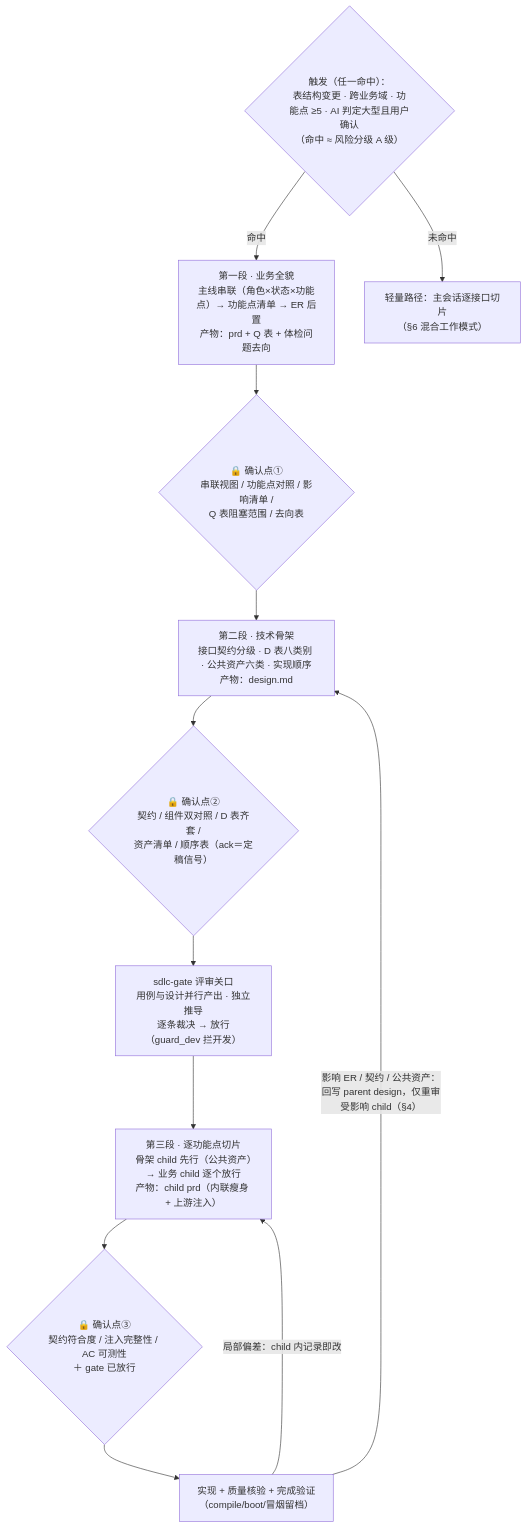
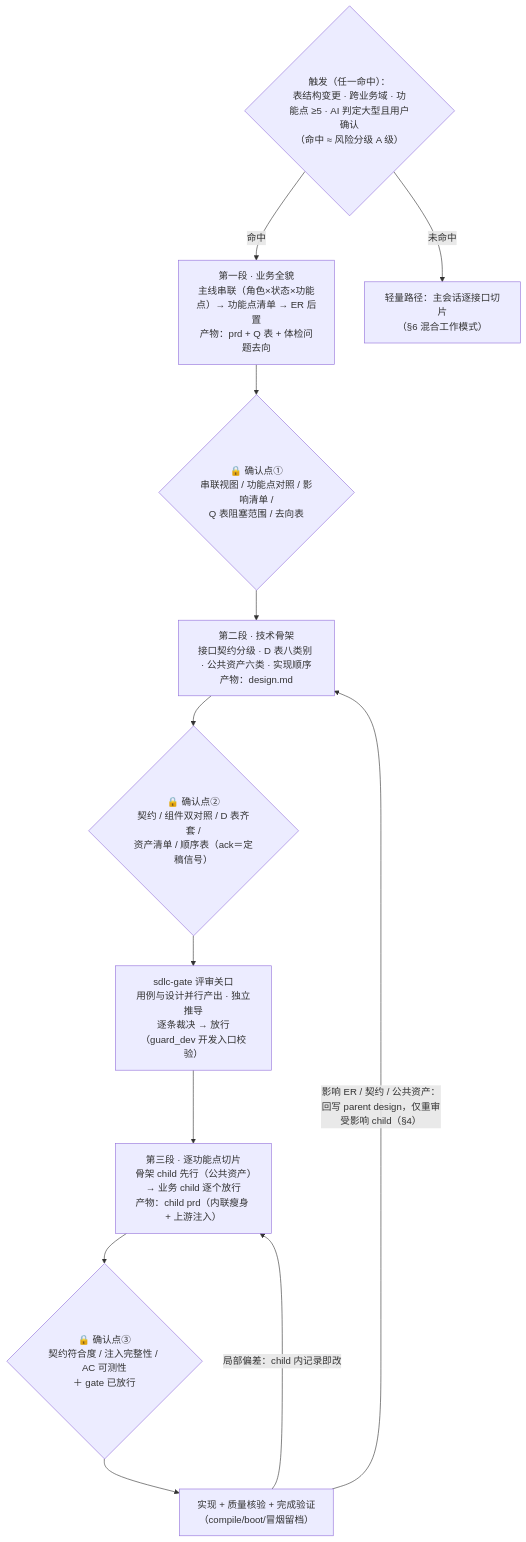
The diagram in docs/large-req-playbook.md (TsCarpe/claude-sdlc-skills), drawn with Mermaid before and after one commit. The commit also changed other lines of this file and 28 other files, not shown here.

````diff
--- a/docs/large-req-playbook.md
+++ b/docs/large-req-playbook.md
@@ -15,18 +15,18 @@
 ```mermaid
 flowchart TB
     T{"触发（任一命中）：<br/>表结构变更 · 跨业务域 · 功能点 ≥5 · AI 判定大型且用户确认<br/>（命中 ≈ 风险分级 A 级）"}
     T -->|命中| S1
     T -->|未命中| L["轻量路径：主会话逐接口切片<br/>（§6 混合工作模式）"]
 
     S1["第一段 · 业务全貌<br/>主线串联（角色×状态×功能点）→ 功能点清单 → ER 后置<br/>产物：prd + Q 表 + 体检问题去向"]
     S1 --> C1{"🔒 确认点①<br/>串联视图 / 功能点对照 / 影响清单 /<br/>Q 表阻塞范围 / 去向表"}
     C1 --> S2["第二段 · 技术骨架<br/>接口契约分级 · D 表八类别 · 公共资产六类 · 实现顺序<br/>产物：design.md"]
     S2 --> C2{"🔒 确认点②<br/>契约 / 组件双对照 / D 表齐套 /<br/>资产清单 / 顺序表（ack＝定稿信号）"}
-    C2 --> G["sdlc-gate 评审关口<br/>用例与设计并行产出 · 独立推导<br/>逐条裁决 → 放行（guard_dev 拦开发）"]
+    C2 --> G["sdlc-gate 评审关口<br/>用例与设计并行产出 · 独立推导<br/>逐条裁决 → 放行（guard_dev 开发入口校验）"]
     G --> S3["第三段 · 逐功能点切片<br/>骨架 child 先行（公共资产）→ 业务 child 逐个放行<br/>产物：child prd（内联瘦身 + 上游注入）"]
     S3 --> C3{"🔒 确认点③<br/>契约符合度 / 注入完整性 / AC 可测性<br/>＋ gate 已放行"}
     C3 --> DEV["实现 + 质量核验 + 完成验证<br/>（compile/boot/冒烟留档）"]
 
     DEV -->|"局部偏差：child 内记录即改"| S3
     DEV -->|"影响 ER / 契约 / 公共资产：<br/>回写 parent design，仅重审受影响 child（§4）"| S2
 ```
````
